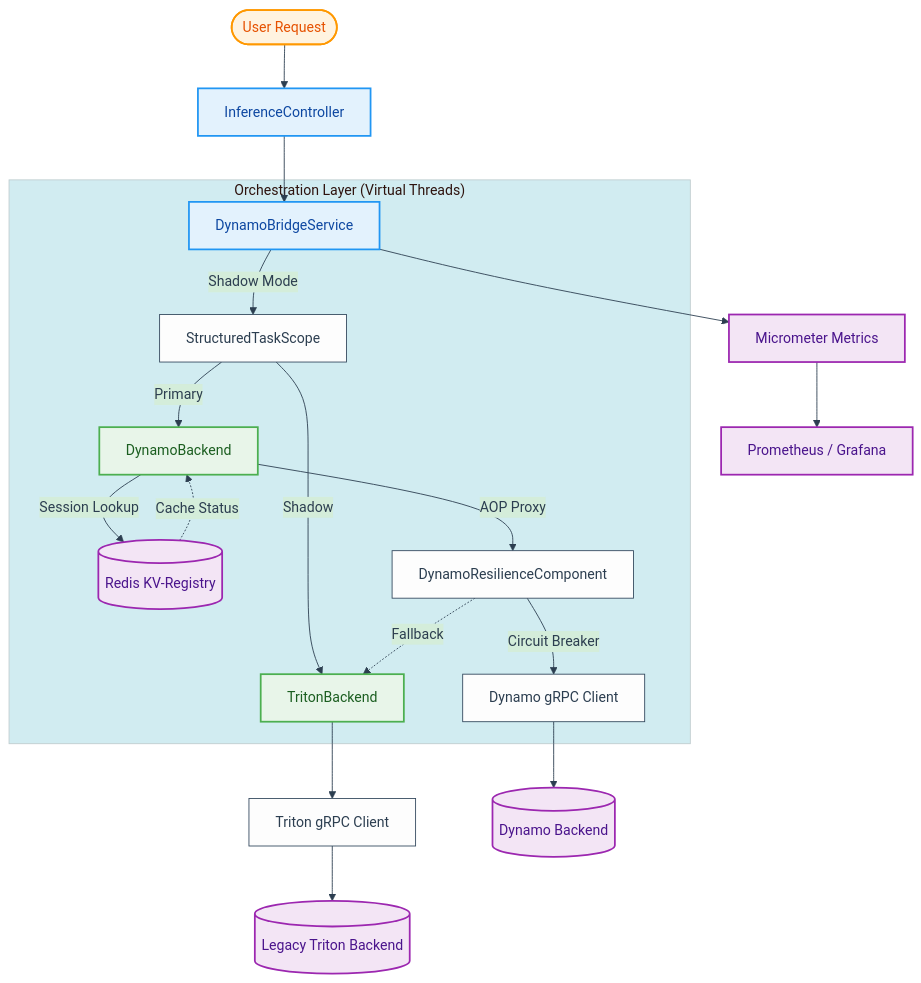
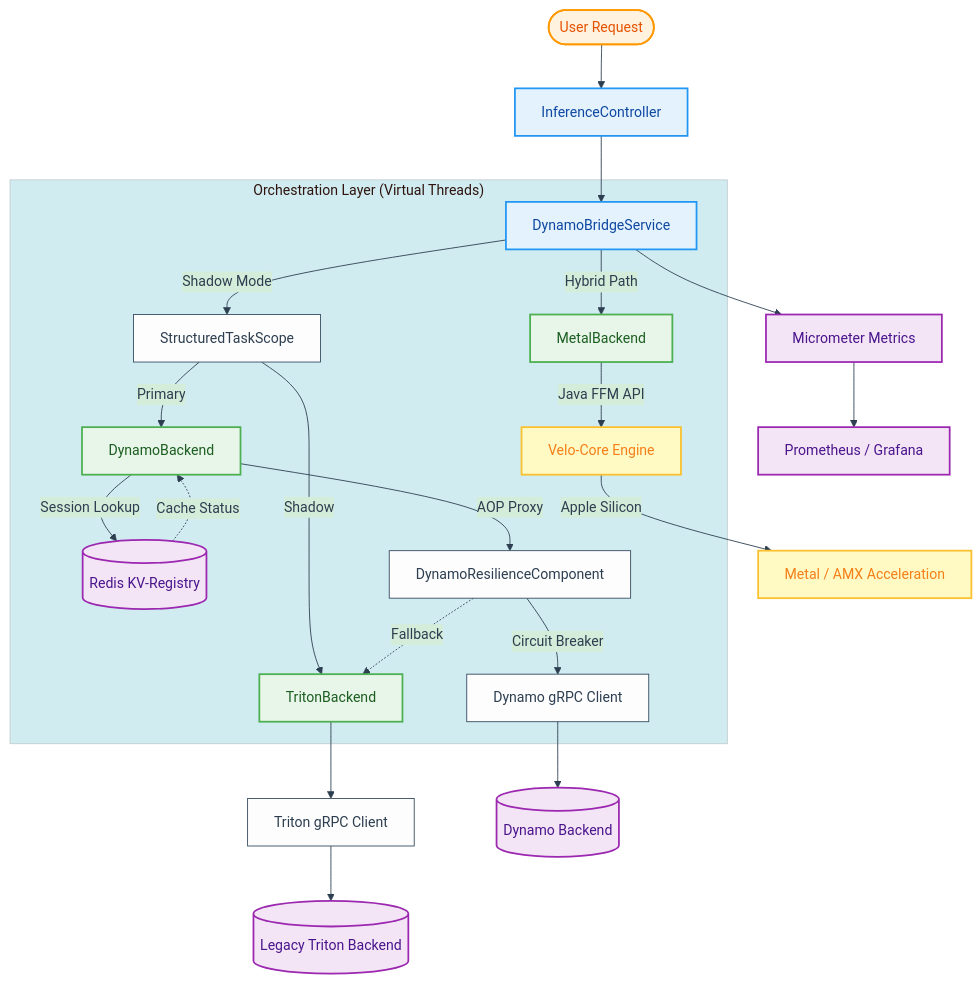
The first of 2 diagrams in README.md (developertogo/velo-sentinel), drawn with Mermaid before and after one commit. The commit also changed other lines of this file and 93 other files, not shown here.

````diff
--- a/README.md
+++ b/README.md
@@ -25,37 +40,43 @@
 ```mermaid
 %%{init: {'theme': 'base', 'themeVariables': { 'primaryColor': '#fdfdfd', 'primaryTextColor': '#2c3e50', 'primaryBorderColor': '#34495e', 'lineColor': '#2c3e50', 'secondaryColor': '#d4edda', 'tertiaryColor': '#d1ecf1' }}}%%
 graph TD
     User([User Request]) --> Controller[InferenceController]
     Controller --> Bridge[DynamoBridgeService]
     
     subgraph "Orchestration Layer (Virtual Threads)"
         Bridge -->|Shadow Mode| TaskScope[StructuredTaskScope]
         TaskScope -->|Primary| Dynamo[DynamoBackend]
         TaskScope -->|Shadow| Triton[TritonBackend]
+        Bridge -->|Hybrid Path| Metal[MetalBackend]
         
         Dynamo -->|Session Lookup| Redis[(Redis KV-Registry)]
         Redis -.->|Cache Status| Dynamo
         
         Dynamo -->|AOP Proxy| RC[DynamoResilienceComponent]
         RC -->|Circuit Breaker| D_GRPC[Dynamo gRPC Client]
         RC -.->|Fallback| Triton
+        
+        Metal -->|Java FFM API| VeloCore[Velo-Core Engine]
     end
     
     Triton --> T_GRPC[Triton gRPC Client]
     
     D_GRPC --> DB[(Dynamo Backend)]
     T_GRPC --> TB[(Legacy Triton Backend)]
+    VeloCore -->|Apple Silicon| GPU[Metal / AMX Acceleration]
     
     Bridge --> Metrics[Micrometer Metrics]
     Metrics --> Prometheus[Prometheus / Grafana]
 
     classDef primary fill:#e3f2fd,stroke:#2196f3,stroke-width:2px,color:#0d47a1;
     classDef secondary fill:#e8f5e9,stroke:#4caf50,stroke-width:2px,color:#1b5e20;
     classDef storage fill:#f3e5f5,stroke:#9c27b0,stroke-width:2px,color:#4a148c;
     classDef user fill:#fff3e0,stroke:#ff9800,stroke-width:2px,color:#e65100;
+    classDef hardware fill:#fff9c4,stroke:#fbc02d,stroke-width:2px,color:#f57f17;
 
     class User user;
     class Controller,Bridge primary;
-    class Dynamo,Triton secondary;
+    class Dynamo,Triton,Metal secondary;
     class Redis,DB,TB,Metrics,Prometheus storage;
+    class VeloCore,GPU hardware;
 ```
````
